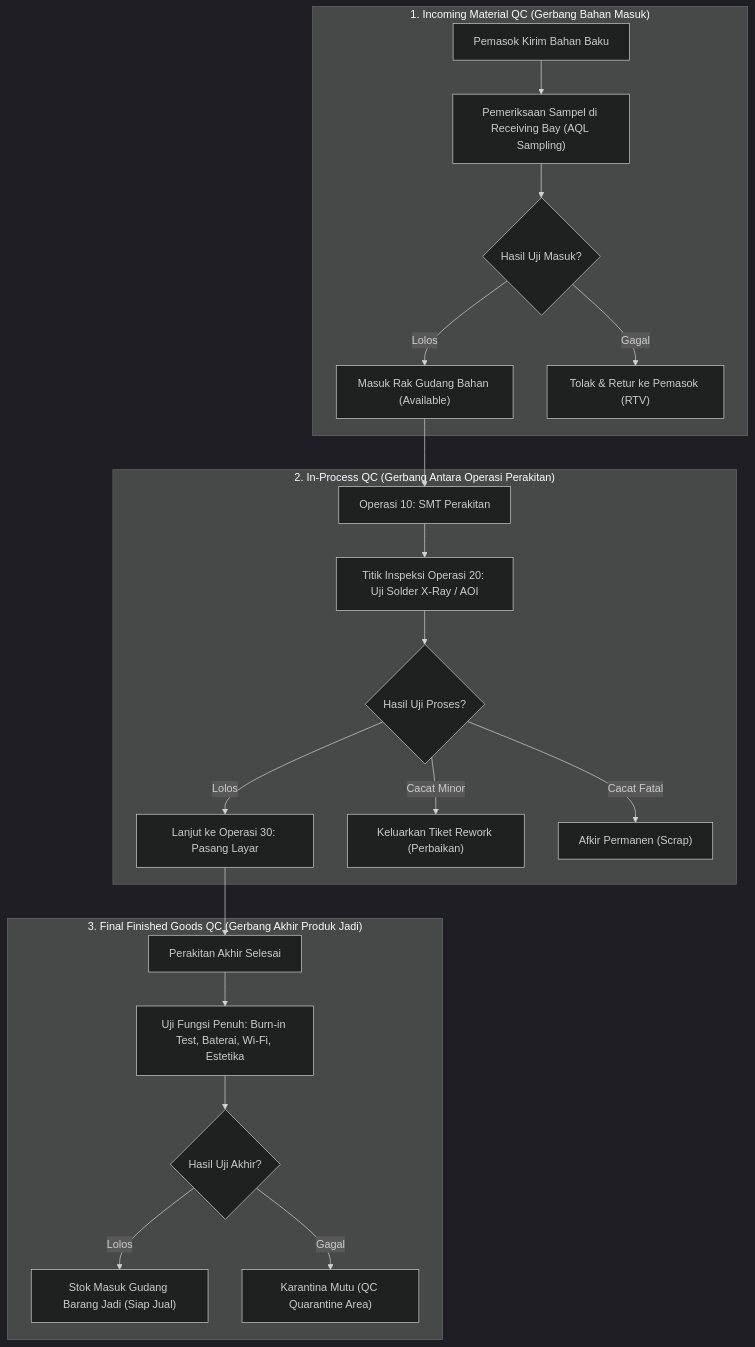
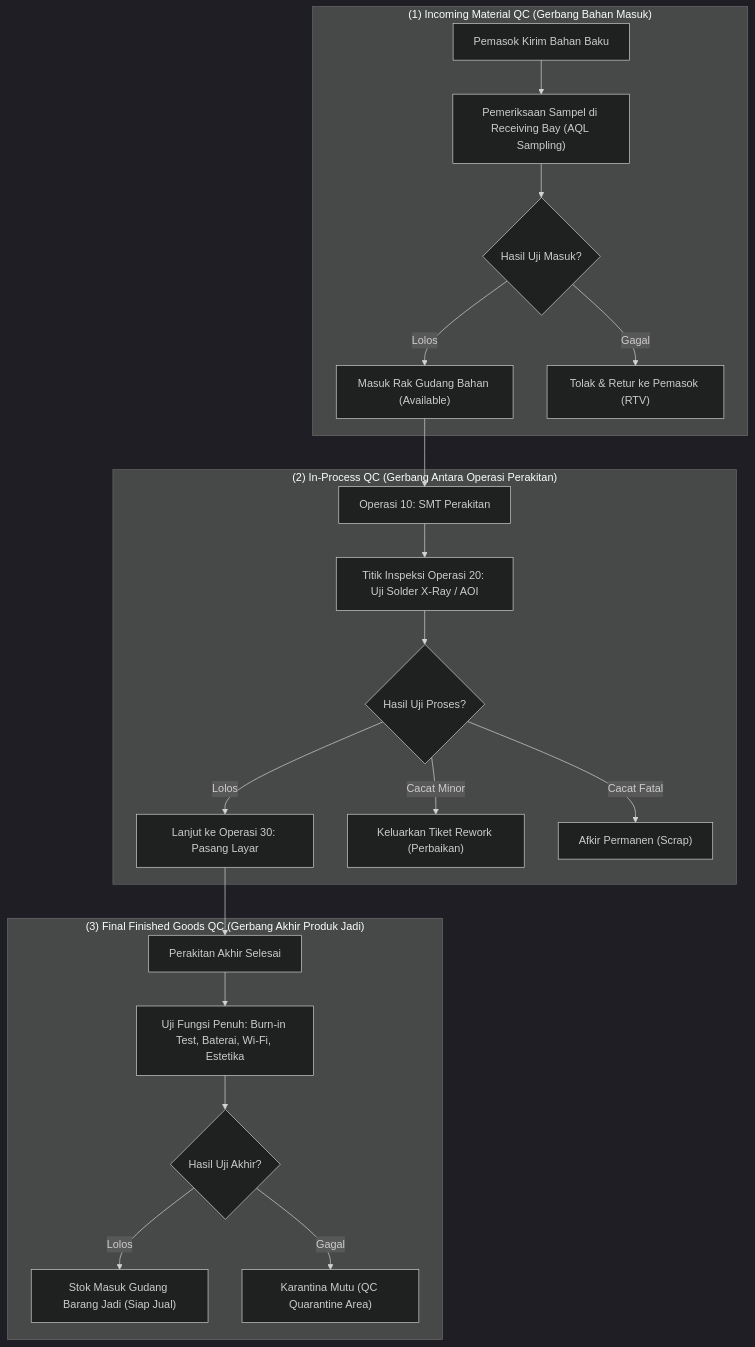
Before and after one commit to alimurrofid/erp-notes: the first of 2 diagrams in content/06-manufacturing/production-quality-and-rework.md, drawn with Mermaid (dark theme). The commit also changed other lines of this file and 132 other files, not shown here.

````diff
--- a/content/06-manufacturing/production-quality-and-rework.md
+++ b/content/06-manufacturing/production-quality-and-rework.md
@@ -27,30 +27,30 @@
 ```mermaid
 flowchart TD
-    subgraph Gate1["1. Incoming Material QC (Gerbang Bahan Masuk)"]
+    subgraph Gate1["(1) Incoming Material QC (Gerbang Bahan Masuk)"]
         Vend["Pemasok Kirim Bahan Baku"]
         --> In_Inspect["Pemeriksaan Sampel di Receiving Bay (AQL Sampling)"]
         --> In_Result{Hasil Uji Masuk?}
         In_Result -- "Lolos" --> Store["Masuk Rak Gudang Bahan (Available)"]
         In_Result -- "Gagal" --> RTV["Tolak & Retur ke Pemasok (RTV)"]
     end
 
-    subgraph Gate2["2. In-Process QC (Gerbang Antara Operasi Perakitan)"]
+    subgraph Gate2["(2) In-Process QC (Gerbang Antara Operasi Perakitan)"]
         Op1["Operasi 10: SMT Perakitan"]
         --> IP_Inspect["Titik Inspeksi Operasi 20: Uji Solder X-Ray / AOI"]
         --> IP_Result{Hasil Uji Proses?}
         IP_Result -- "Lolos" --> Op3["Lanjut ke Operasi 30: Pasang Layar"]
         IP_Result -- "Cacat Minor" --> RWK["Keluarkan Tiket Rework (Perbaikan)"]
         IP_Result -- "Cacat Fatal" --> SCR["Afkir Permanen (Scrap)"]
     end
 
-    subgraph Gate3["3. Final Finished Goods QC (Gerbang Akhir Produk Jadi)"]
+    subgraph Gate3["(3) Final Finished Goods QC (Gerbang Akhir Produk Jadi)"]
         OpLast["Perakitan Akhir Selesai"]
         --> Fin_Inspect["Uji Fungsi Penuh: Burn-in Test, Baterai, Wi-Fi, Estetika"]
         --> Fin_Result{Hasil Uji Akhir?}
         Fin_Result -- "Lolos" --> FG_Store["Stok Masuk Gudang Barang Jadi (Siap Jual)"]
         Fin_Result -- "Gagal" --> Quarantine["Karantina Mutu (QC Quarantine Area)"]
     end
 
     Store --> Op1
     Op3 --> OpLast
 ```
````
